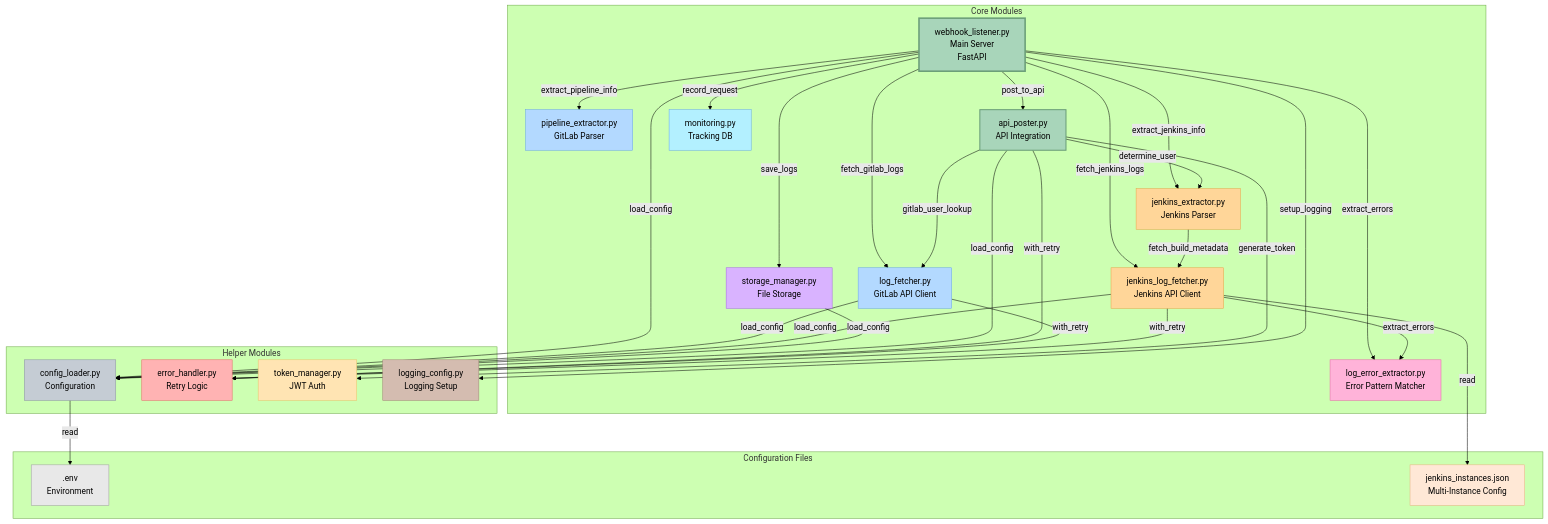
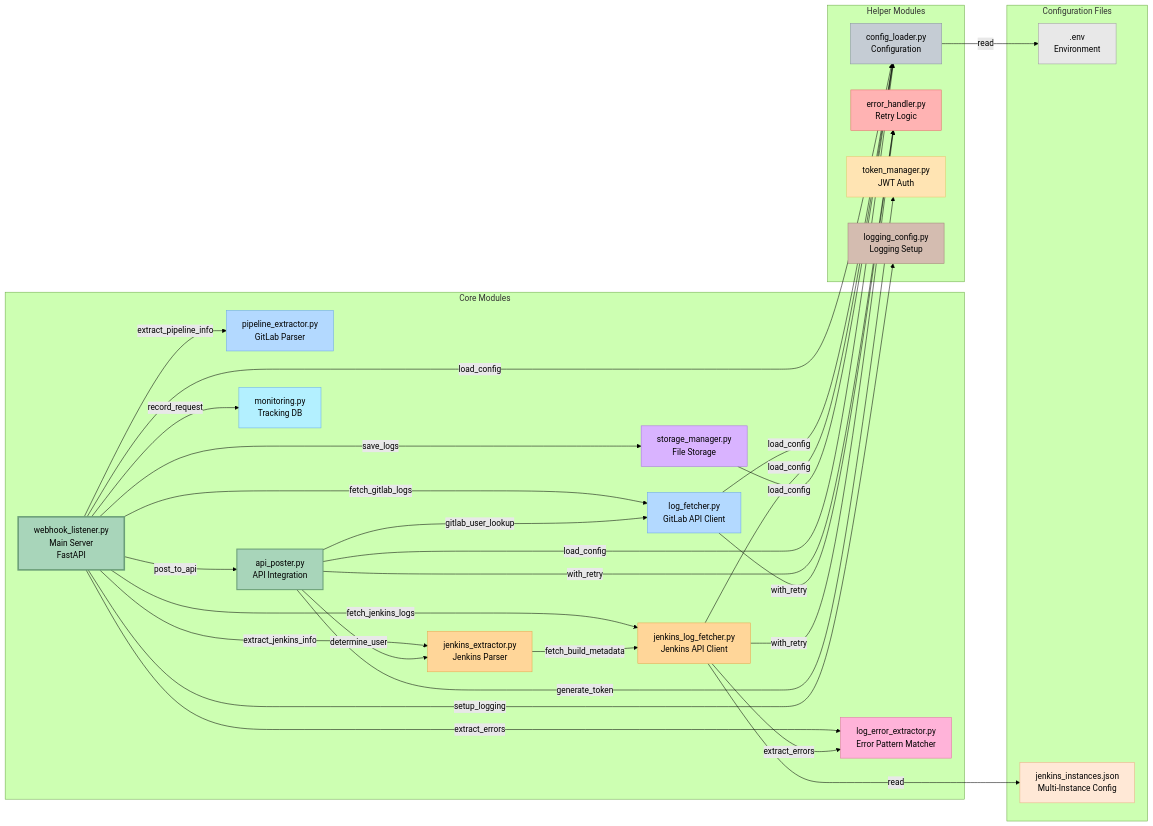
One commit to vigneshpalanivelr/extract-build-logs changed the second of 7 diagrams in DOCUMENTATION.md. Above: the diagram before and after it, drawn with Mermaid (forest theme). The commit also changed other lines of this file and 29 other files, not shown here.

````diff
--- a/DOCUMENTATION.md
+++ b/DOCUMENTATION.md
@@ -449,72 +140,72 @@
 ```mermaid
-graph TB
+graph LR
     subgraph "Core Modules"
         WL[webhook_listener.py<br/>Main Server<br/>FastAPI]
         PE[pipeline_extractor.py<br/>GitLab Parser]
         JE[jenkins_extractor.py<br/>Jenkins Parser]
         GLF[log_fetcher.py<br/>GitLab API Client]
         JLF[jenkins_log_fetcher.py<br/>Jenkins API Client]
         LEE[log_error_extractor.py<br/>Error Pattern Matcher]
         SM[storage_manager.py<br/>File Storage]
         AP[api_poster.py<br/>API Integration]
         MON[monitoring.py<br/>Tracking DB]
     end
 
     subgraph "Helper Modules"
         CL[config_loader.py<br/>Configuration]
         EH[error_handler.py<br/>Retry Logic]
         TM[token_manager.py<br/>JWT Auth]
         LC[logging_config.py<br/>Logging Setup]
     end
 
     subgraph "Configuration Files"
         ENV[.env<br/>Environment]
         JINS[jenkins_instances.json<br/>Multi-Instance Config]
     end
 
     WL -->|extract_pipeline_info| PE
     WL -->|extract_jenkins_info| JE
     WL -->|fetch_gitlab_logs| GLF
     WL -->|fetch_jenkins_logs| JLF
     WL -->|extract_errors| LEE
     WL -->|save_logs| SM
     WL -->|post_to_api| AP
     WL -->|record_request| MON
 
     JE -->|fetch_build_metadata| JLF
     JLF -->|extract_errors| LEE
 
     AP -->|gitlab_user_lookup| GLF
     AP -->|determine_user| JE
     AP -->|generate_token| TM
     AP -->|with_retry| EH
 
     GLF -->|with_retry| EH
     JLF -->|with_retry| EH
 
     WL -->|load_config| CL
     GLF -->|load_config| CL
     JLF -->|load_config| CL
     SM -->|load_config| CL
     AP -->|load_config| CL
     WL -->|setup_logging| LC
 
     CL -->|read| ENV
     JLF -->|read| JINS
 
     style WL fill:#a8d5ba,stroke:#6b9e78,stroke-width:3px
     style PE fill:#b3d9ff,stroke:#6ba8e6
     style JE fill:#ffd699,stroke:#e6a84d
     style GLF fill:#b3d9ff,stroke:#6ba8e6
     style JLF fill:#ffd699,stroke:#e6a84d
     style LEE fill:#ffb3d9,stroke:#e66ba8
     style SM fill:#d9b3ff,stroke:#a86be6
     style AP fill:#a8d5ba,stroke:#6b9e78,stroke-width:2px
     style MON fill:#b3f0ff,stroke:#6baee6
     style CL fill:#c5ccd4,stroke:#8b95a1
     style EH fill:#ffb3b3,stroke:#e66b6b
     style TM fill:#ffe4b3,stroke:#e6c56b
     style LC fill:#d4bcb0,stroke:#a18578
     style ENV fill:#e8e8e8,stroke:#a0a0a0
     style JINS fill:#ffe8d6,stroke:#e6b380
 ```
````
